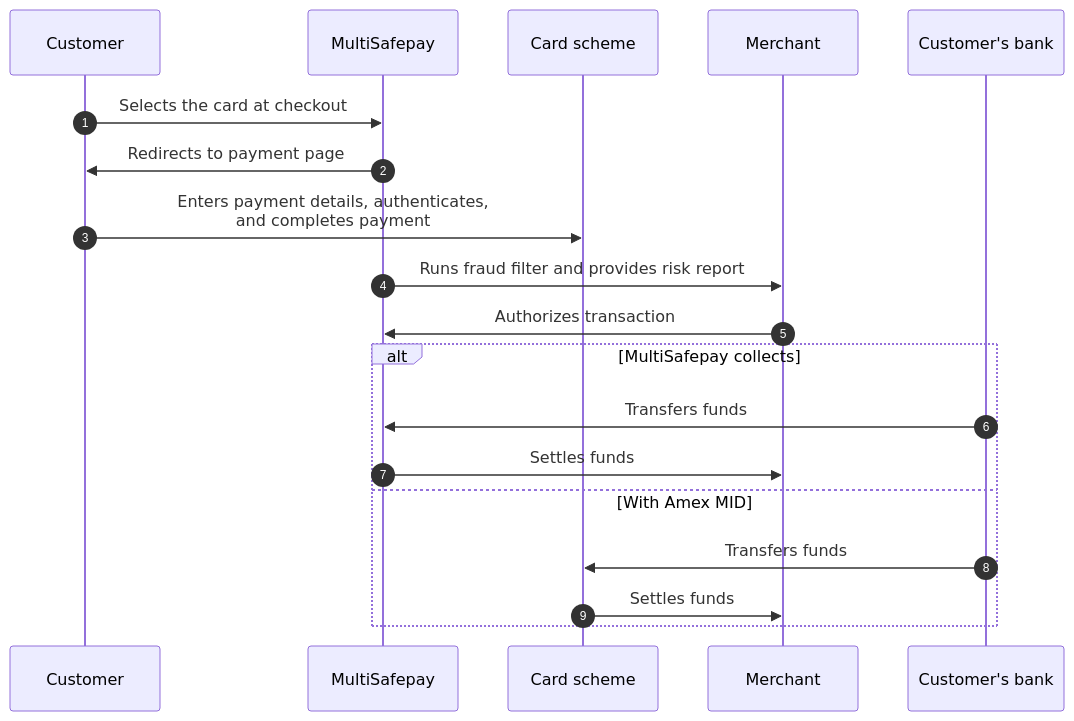
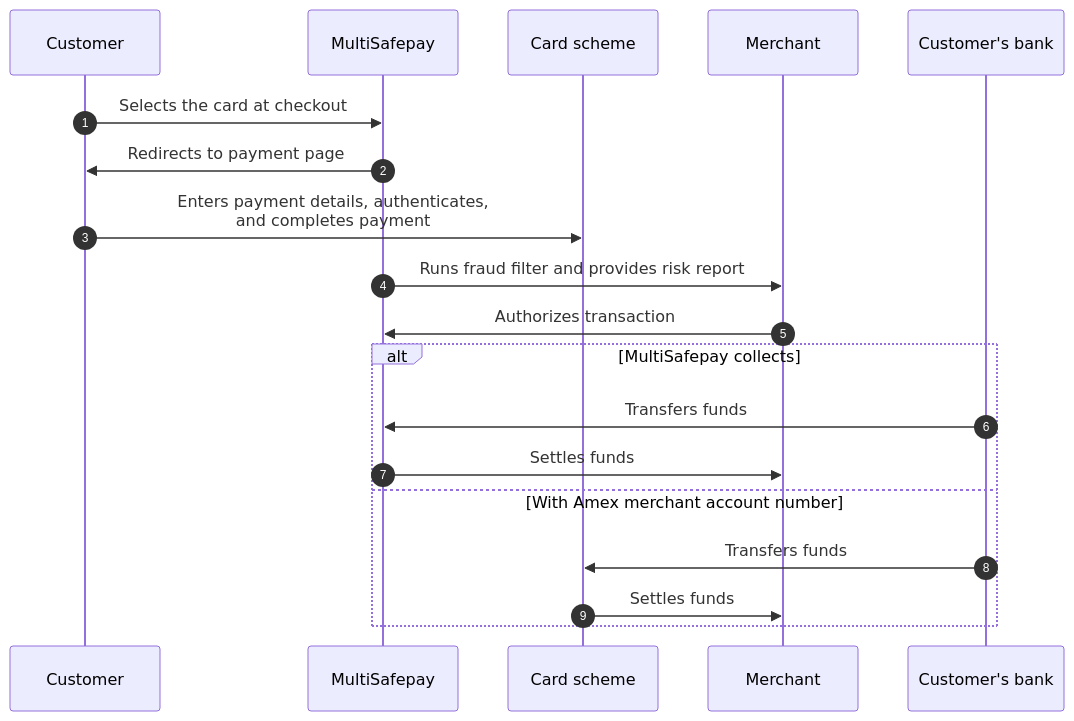
The diagram in content/payment-methods/credit-debit-cards.md (MultiSafepay/docs), drawn with Mermaid before and after one commit. The commit also changed other lines of this file and 45 other files, not shown here.

```diff
--- a/content/payment-methods/credit-debit-cards.md
+++ b/content/payment-methods/credit-debit-cards.md
@@ -57,24 +49,24 @@
 {{< mermaid class="text-center" >}}
 
 sequenceDiagram
     autonumber
     participant C as Customer
     participant Mu as MultiSafepay
     participant CS as Card scheme
     participant Me as Merchant
     participant CB as Customer's bank
 
     C->>Mu: Selects the card at checkout
     Mu->>C: Redirects to payment page
     C->>CS: Enters payment details, authenticates, <br> and completes payment
     Mu->>Me: Runs fraud filter and provides risk report
     Me->>Mu: Authorizes transaction
     alt MultiSafepay collects
         CB->>Mu: Transfers funds 
         Mu->>Me: Settles funds
-    else With Amex MID
+    else With Amex merchant account number
         CB->>CS: Transfers funds
         CS->>Me: Settles funds
     end
     
 {{< /mermaid >}}
```
